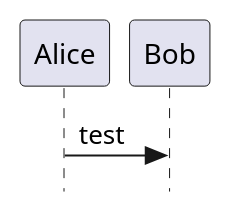
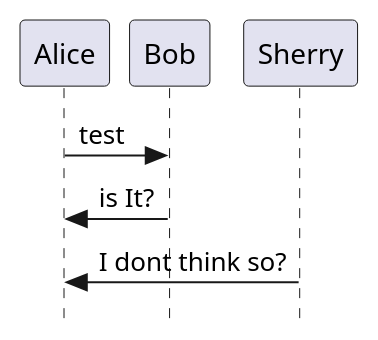
One commit to gerometan/frontpage changed the diagram in docs/modules/ROOT/partials/bar.puml. Above: the diagram before and after it, drawn with PlantUML.

```diff
--- a/docs/modules/ROOT/partials/bar.puml
+++ b/docs/modules/ROOT/partials/bar.puml
@@ -1,4 +1,6 @@
 @startuml HelloWorld
 skinparam Style strictuml
 Alice -> Bob: test
+Alice <- Bob: is It?
+Alice <- Sherry: I dont think so?
 @enduml
```
